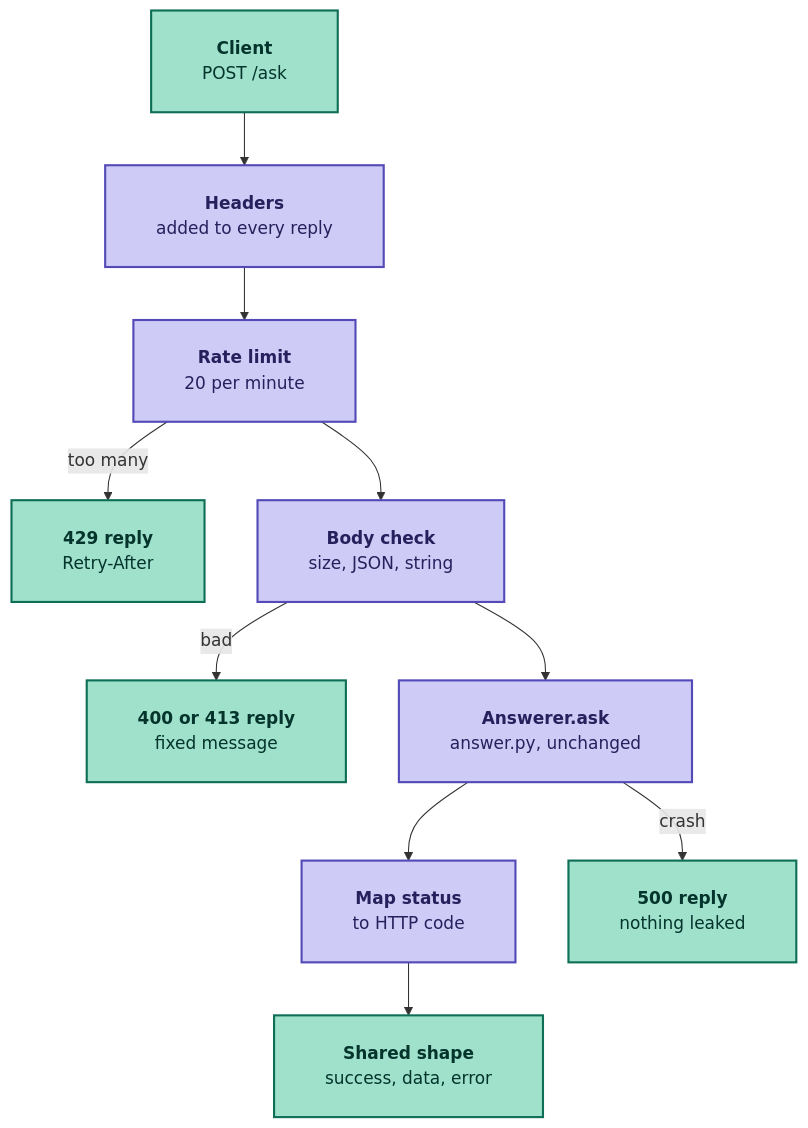
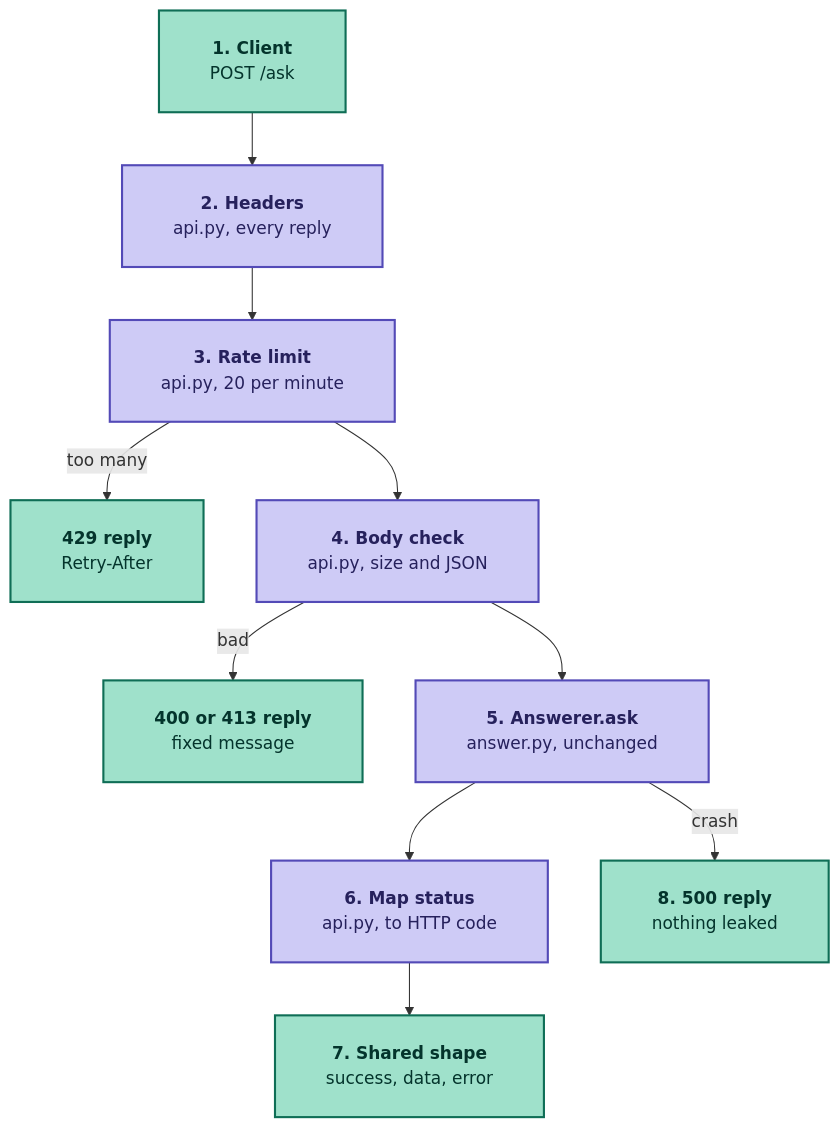
One commit to jbb-codes/attack-graph-rag changed the diagram in docs/learning/issue-07-http-api.md. Above: the diagram before and after it, drawn with Mermaid. The commit also changed other lines of this file and 1 other file, not shown here.

Commit message:
docs(learning): explain each step of the issue 7 graph
- number the steps to match the graph and keep file names in its boxes
- add embed, MiniLM and citation check to the glossary

Closes #7

````diff
--- a/docs/learning/issue-07-http-api.md
+++ b/docs/learning/issue-07-http-api.md
@@ -14,32 +14,32 @@
 ```mermaid
 ---
 config:
   flowchart:
     padding: 24
     wrappingWidth: 300
 ---
 flowchart TD
-  C["`**Client**
-  POST /ask`"] --> H["`**Headers**
-  added to every reply`"]
-  H --> RL["`**Rate limit**
-  20 per minute`"]
+  C["`**1. Client**
+  POST /ask`"] --> H["`**2. Headers**
+  api.py, every reply`"]
+  H --> RL["`**3. Rate limit**
+  api.py, 20 per minute`"]
   RL -->|too many| E429["`**429 reply**
   Retry-After`"]
-  RL --> BD["`**Body check**
-  size, JSON, string`"]
+  RL --> BD["`**4. Body check**
+  api.py, size and JSON`"]
   BD -->|bad| E400["`**400 or 413 reply**
   fixed message`"]
-  BD --> ASK["`**Answerer.ask**
+  BD --> ASK["`**5. Answerer.ask**
   answer.py, unchanged`"]
-  ASK --> MAP["`**Map status**
-  to HTTP code`"]
-  MAP --> OK["`**Shared shape**
+  ASK --> MAP["`**6. Map status**
+  api.py, to HTTP code`"]
+  MAP --> OK["`**7. Shared shape**
   success, data, error`"]
-  ASK -->|crash| E500["`**500 reply**
+  ASK -->|crash| E500["`**8. 500 reply**
   nothing leaked`"]
   classDef data fill:#9FE1CB,stroke:#0F6E56,stroke-width:2px,color:#04342C
   classDef code fill:#CECBF6,stroke:#534AB7,stroke-width:2px,color:#26215C
   class C,E429,E400,OK,E500 data
   class H,RL,BD,ASK,MAP code
 ```
````
